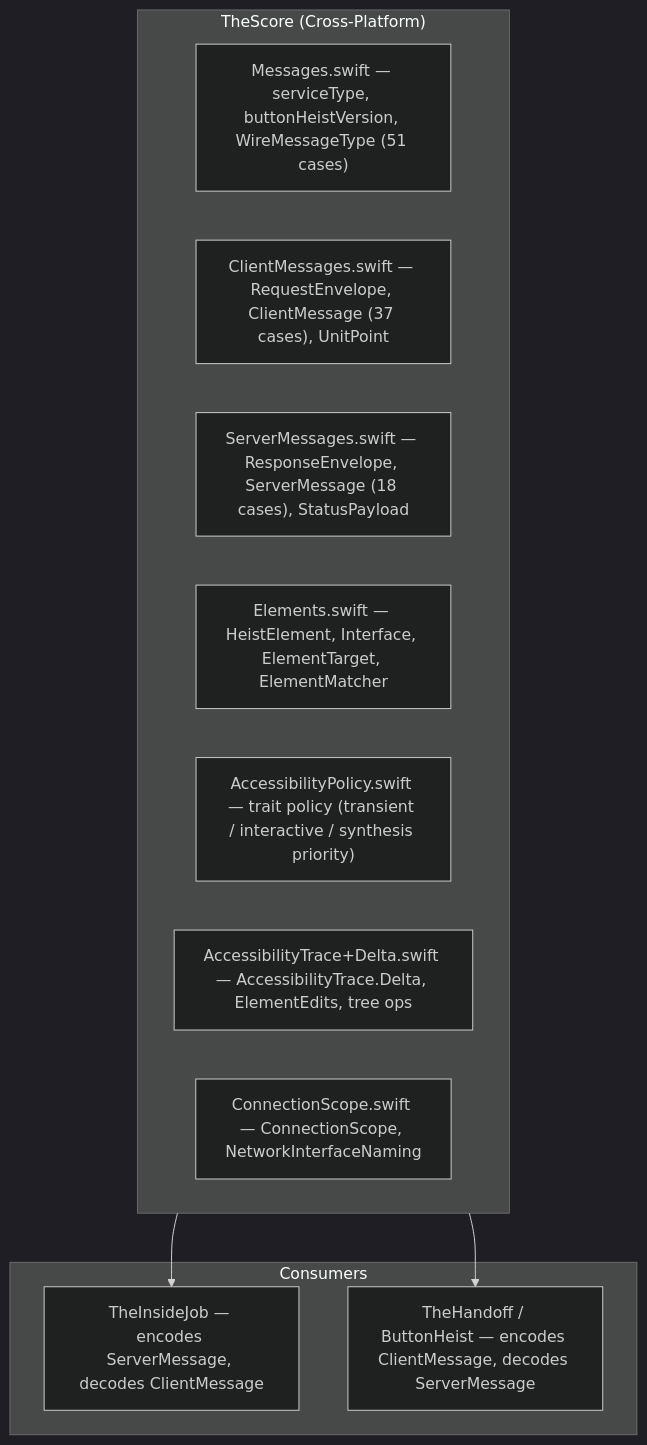
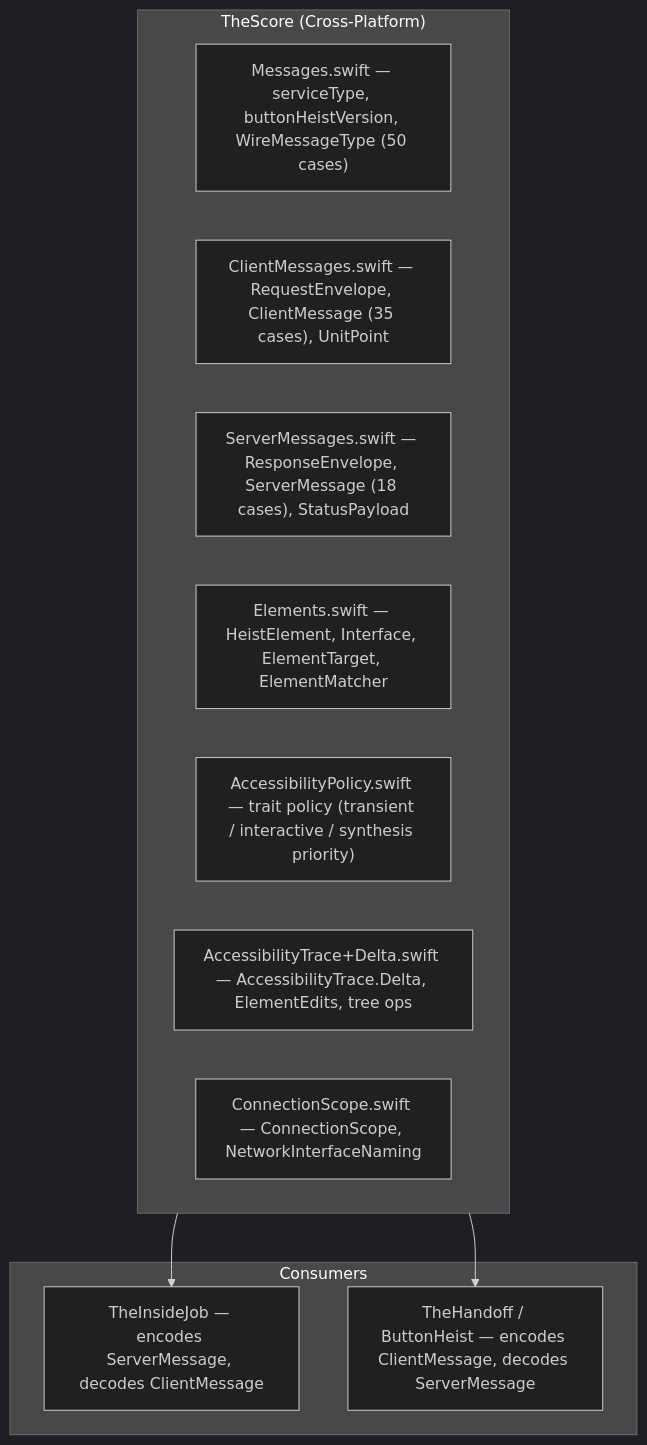
Before and after one commit to RoyalPineapple/TheButtonHeist: the first of 7 diagrams in docs/dossiers/18-THESCORE.md, drawn with Mermaid (dark theme). The commit also changed other lines of this file and 17 other files, not shown here.

````diff
--- a/docs/dossiers/18-THESCORE.md
+++ b/docs/dossiers/18-THESCORE.md
@@ -58,20 +57,20 @@
 ```mermaid
 graph TD
     subgraph TheScore["TheScore (Cross-Platform)"]
-        Messages["Messages.swift — serviceType, buttonHeistVersion, WireMessageType (51 cases)"]
-        Client["ClientMessages.swift — RequestEnvelope, ClientMessage (37 cases), UnitPoint"]
+        Messages["Messages.swift — serviceType, buttonHeistVersion, WireMessageType (50 cases)"]
+        Client["ClientMessages.swift — RequestEnvelope, ClientMessage (35 cases), UnitPoint"]
         Server["ServerMessages.swift — ResponseEnvelope, ServerMessage (18 cases), StatusPayload"]
         Elements["Elements.swift — HeistElement, Interface, ElementTarget, ElementMatcher"]
         Policy["AccessibilityPolicy.swift — trait policy (transient / interactive / synthesis priority)"]
         Delta["AccessibilityTrace+Delta.swift — AccessibilityTrace.Delta, ElementEdits, tree ops"]
         ConnScope["ConnectionScope.swift — ConnectionScope, NetworkInterfaceNaming"]
     end
 
     subgraph Consumers["Consumers"]
         TheInsideJob["TheInsideJob — encodes ServerMessage, decodes ClientMessage"]
         TH["TheHandoff / ButtonHeist — encodes ClientMessage, decodes ServerMessage"]
     end
 
     TheScore --> TheInsideJob
     TheScore --> TH
 ```
````
